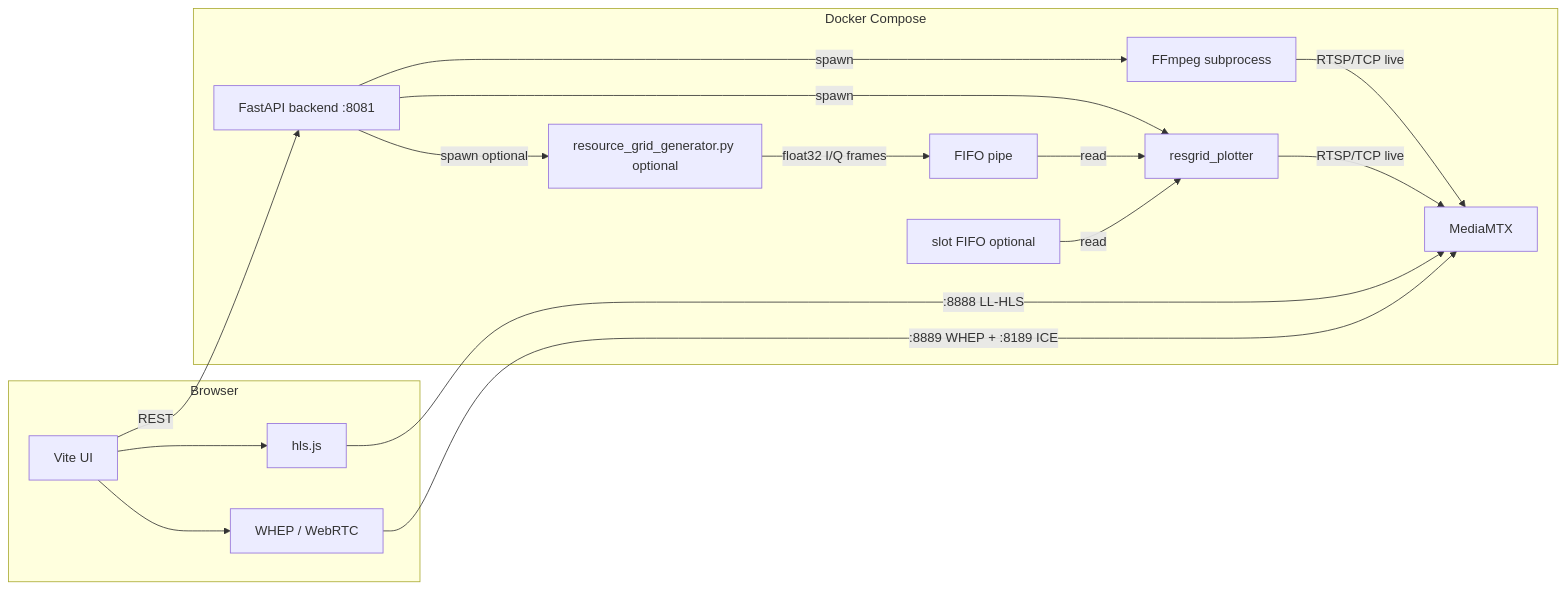
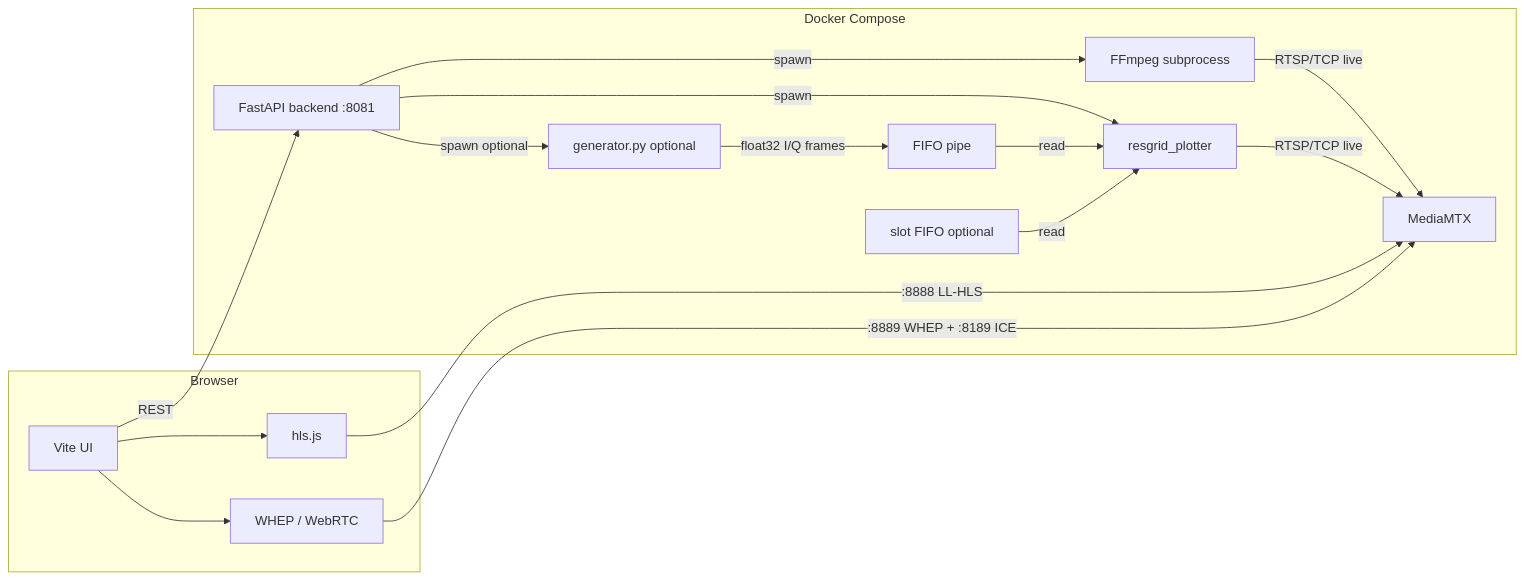
The diagram in docs/ARCHITECTURE.md (tuannv-github/resource-grid-visualizer), drawn with Mermaid before and after one commit. The commit also changed other lines of this file and 89 other files, not shown here.

````diff
--- a/docs/ARCHITECTURE.md
+++ b/docs/ARCHITECTURE.md
@@ -11,30 +11,30 @@
 ```mermaid
 flowchart LR
   subgraph browser [Browser]
     UI[Vite UI]
     HLS[hls.js]
     WHEP[WHEP / WebRTC]
   end
   subgraph docker [Docker Compose]
     API[FastAPI backend :8081]
     FF[FFmpeg subprocess]
-    PY[resource_grid_generator.py optional]
+    PY[generator.py optional]
     CUDA[resgrid_plotter]
     FIFO[FIFO pipe]
     SLOT[slot FIFO optional]
     MTX[MediaMTX]
   end
   UI -->|REST| API
   API -->|spawn| FF
   API -->|spawn| CUDA
   API -->|spawn optional| PY
   PY -->|float32 I/Q frames| FIFO
   FIFO -->|read| CUDA
   SLOT -->|read| CUDA
   FF -->|RTSP/TCP live| MTX
   CUDA -->|RTSP/TCP live| MTX
   UI --> HLS
   UI --> WHEP
   HLS -->|:8888 LL-HLS| MTX
   WHEP -->|:8889 WHEP + :8189 ICE| MTX
 ```
````
